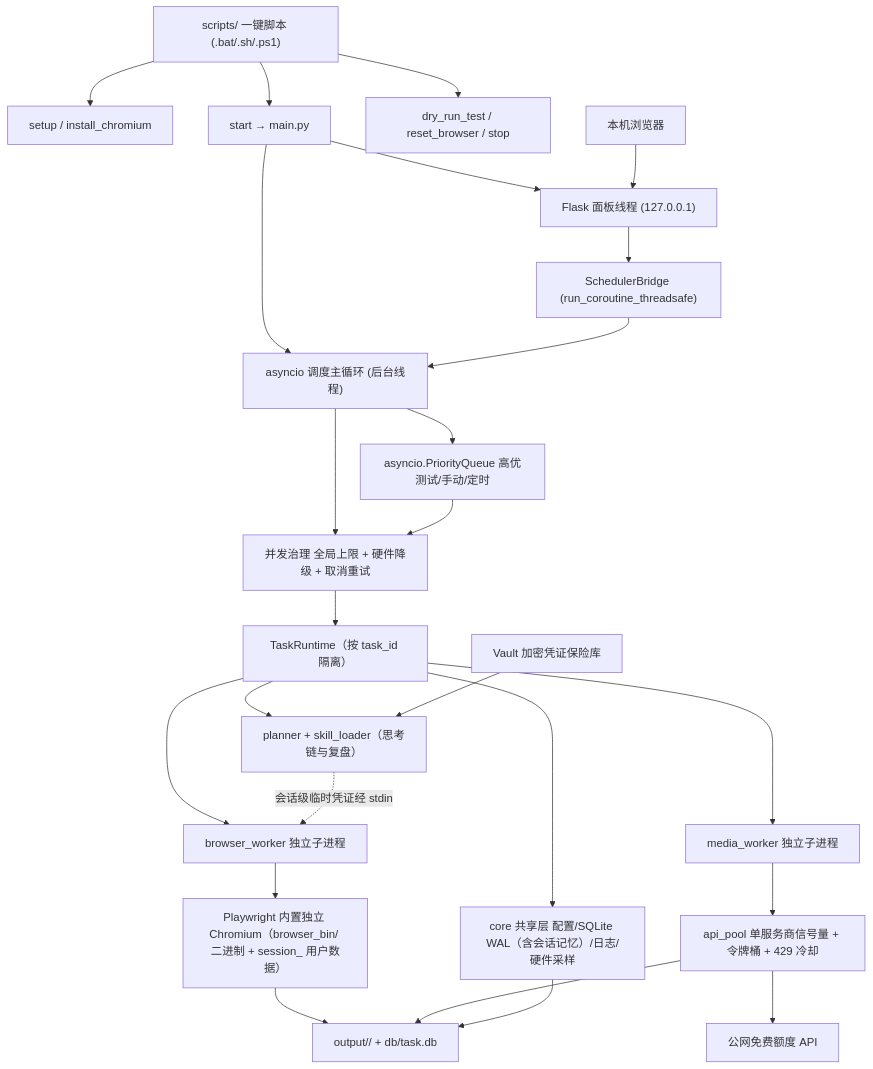
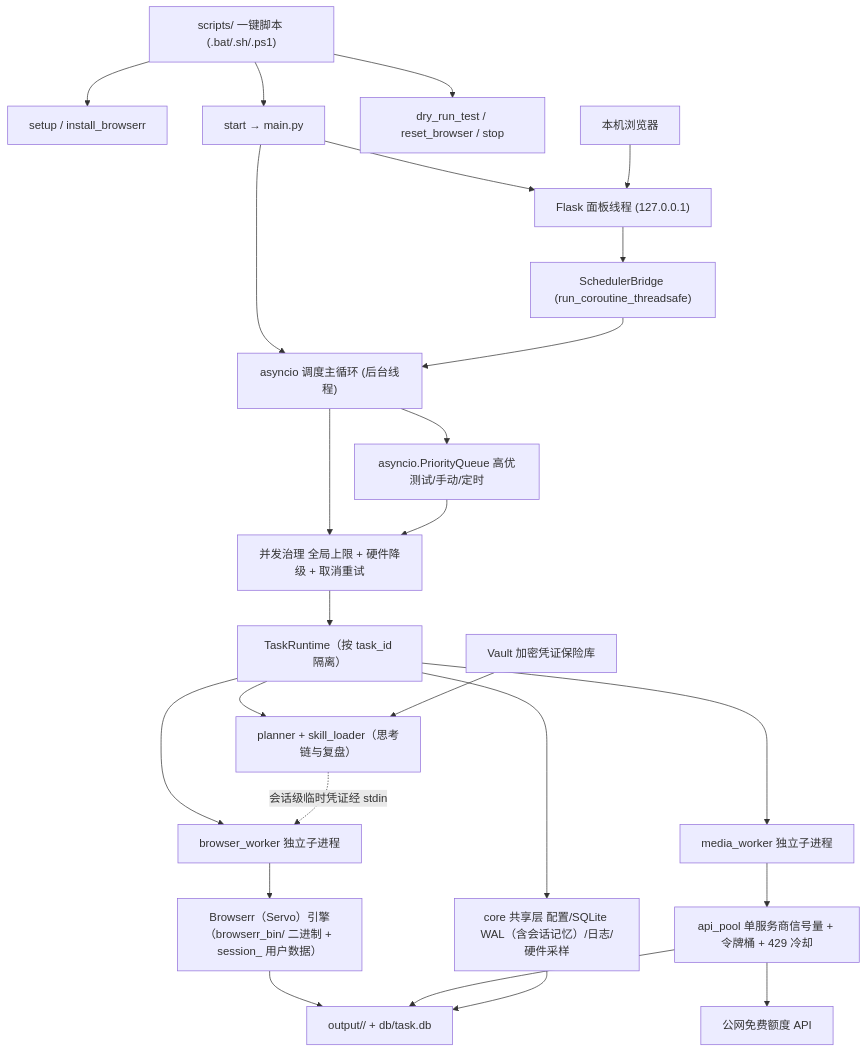
The diagram in docs/system_design.md (u20260317/local-muse), drawn with Mermaid before and after one commit. The commit also changed other lines of this file and 60 other files, not shown here.

````diff
--- a/docs/system_design.md
+++ b/docs/system_design.md
@@ -28,24 +28,24 @@
 ```mermaid
 flowchart TB
-    SCRIPTS["scripts/ 一键脚本 (.bat/.sh/.ps1)"] --> SETUP["setup / install_chromium"]
+    SCRIPTS["scripts/ 一键脚本 (.bat/.sh/.ps1)"] --> SETUP["setup / install_browserr"]
     SCRIPTS --> MAIN["start → main.py"]
     SCRIPTS --> OPS["dry_run_test / reset_browser / stop"]
     MAIN --> FLASK["Flask 面板线程 (127.0.0.1)"]
     MAIN --> LOOP["asyncio 调度主循环 (后台线程)"]
     USER["本机浏览器"] --> FLASK
     FLASK --> BRIDGE["SchedulerBridge (run_coroutine_threadsafe)"] --> LOOP
     LOOP --> QUEUE["asyncio.PriorityQueue 高优测试/手动/定时"]
     LOOP --> GOV["并发治理 全局上限 + 硬件降级 + 取消重试"]
     QUEUE --> GOV --> RT["TaskRuntime（按 task_id 隔离）"]
     RT --> CORE["core 共享层 配置/SQLite WAL（含会话记忆）/日志/硬件采样"]
     RT --> PLAN["planner + skill_loader（思考链与复盘）"]
     RT --> BW["browser_worker 独立子进程"]
     RT --> MW["media_worker 独立子进程"]
     VAULT["Vault 加密凭证保险库"] --> PLAN
     PLAN -. 会话级临时凭证经 stdin .-> BW
-    BW --> CHROME["Playwright 内置独立 Chromium（browser_bin/ 二进制 + session_<task_id> 用户数据）"]
+    BW --> CHROME["Browserr（Servo）引擎（browserr_bin/ 二进制 + session_<task_id> 用户数据）"]
     MW --> POOL["api_pool 单服务商信号量 + 令牌桶 + 429 冷却"] --> API["公网免费额度 API"]
     CHROME --> OUT["output/<task_id>/ + db/task.db"]
     POOL --> OUT
     CORE --> OUT
 ```
````
